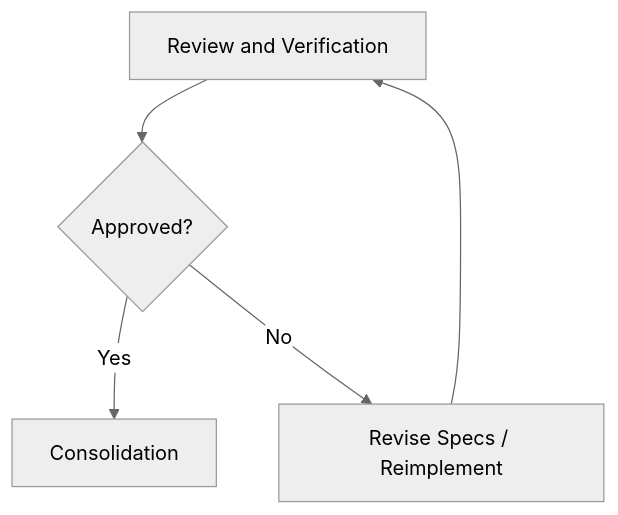
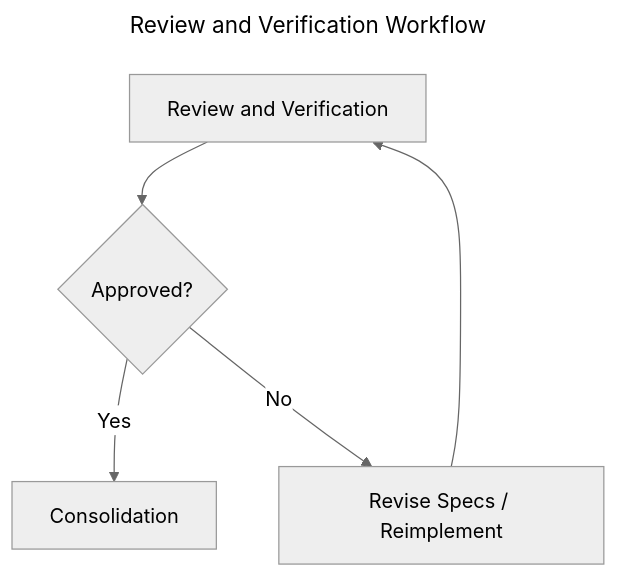
Before and after one commit to mtov/AgileSpec: the sixth of 9 diagrams in README.md, drawn with Mermaid (neutral theme). The commit also changed other lines of this file, not shown here.

Commit message:
docs: refine workflow headings and diagram titles

````diff
--- a/README.md
+++ b/README.md
@@ -383,7 +386,10 @@
 ```mermaid
+---
+title: Review and Verification Workflow
+---
 flowchart TD
     A["Review and Verification"] --> B{"Approved?"}
     B -->|Yes| C["Consolidation"]
     B -->|No| D["Revise Specs / Reimplement"]
     D --> A
 ```
````
